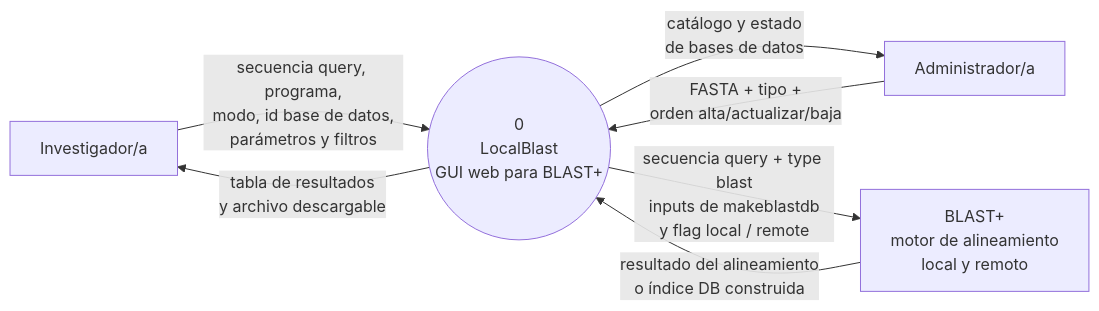
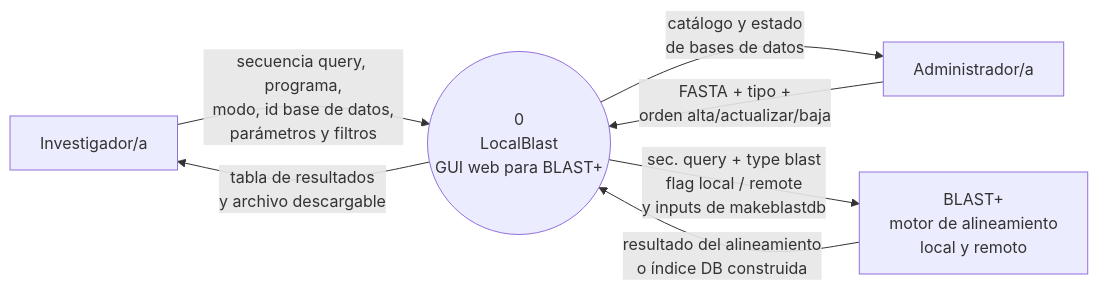
One commit to AgustinGaitan2/LocalBlast_2026 changed the first of 2 diagrams in docs/architecture/contexto-inicial.md. Above: the diagram before and after it, drawn with Mermaid.

Commit message:
docs: corrige sintaxis mermaid diagrama de contexto nivel 0

````diff
--- a/docs/architecture/contexto-inicial.md
+++ b/docs/architecture/contexto-inicial.md
@@ -5,18 +5,18 @@
 ```mermaid
 flowchart LR
     INV[Investigador/a]
 
     P((0<br/>LocalBlast<br/>GUI web para BLAST+))
 
     ADM[Administrador/a]
     BLAST[BLAST+<br/>motor de alineamiento<br/>local y remoto]
 
     INV -->|secuencia query, programa,<br/>modo, id base de datos,<br/>parámetros y filtros| P
     P -->|tabla de resultados<br/>y archivo descargable| INV
 
     ADM -->|FASTA + tipo +<br/>orden alta/actualizar/baja| P
     P -->|catálogo y estado<br/>de bases de datos| ADM
 
-    P -->| secuencia query + type blast<br/>inputs de makeblastdb<br/>y flag local / remote| BLAST
+    P -->| sec. query + type blast<br/>flag local / remote<br/>y inputs de makeblastdb| BLAST
     BLAST -->|resultado del alineamiento<br/>o índice DB construida| P
 ```
````
